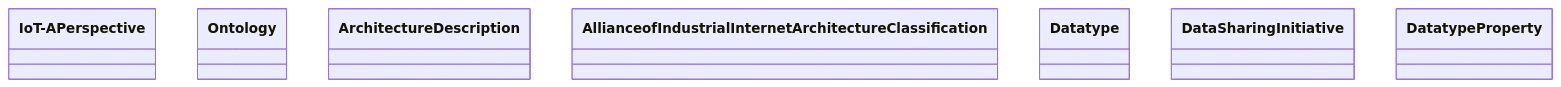
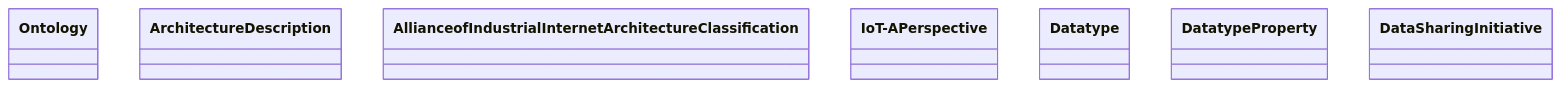
The diagram in output/ieswc_meta/i40.ttl-abstract-7-0-hard.md (oeg-upm/Devos), drawn with Mermaid before and after one commit. The commit also changed other lines of this file and 17 other files, not shown here.

````diff
--- a/output/ieswc_meta/i40.ttl-abstract-7-0-hard.md
+++ b/output/ieswc_meta/i40.ttl-abstract-7-0-hard.md
@@ -1,35 +1,35 @@
 ```mermaid
 	classDiagram
 
     
-    class IoT-A Perspective {
-    
-    }
-
     class Ontology {
     
     }
 
     class Architecture Description {
     
     }
 
     class Alliance of Industrial Internet Architecture Classification {
     
     }
 
+    class IoT-A Perspective {
+    
+    }
+
     class Datatype {
+    
+    }
+
+    class Datatype Property {
     
     }
 
     class Data Sharing Initiative {
     
     }
 
-    class Datatype Property {
-    
-    }
-
 
 
 ```
````
